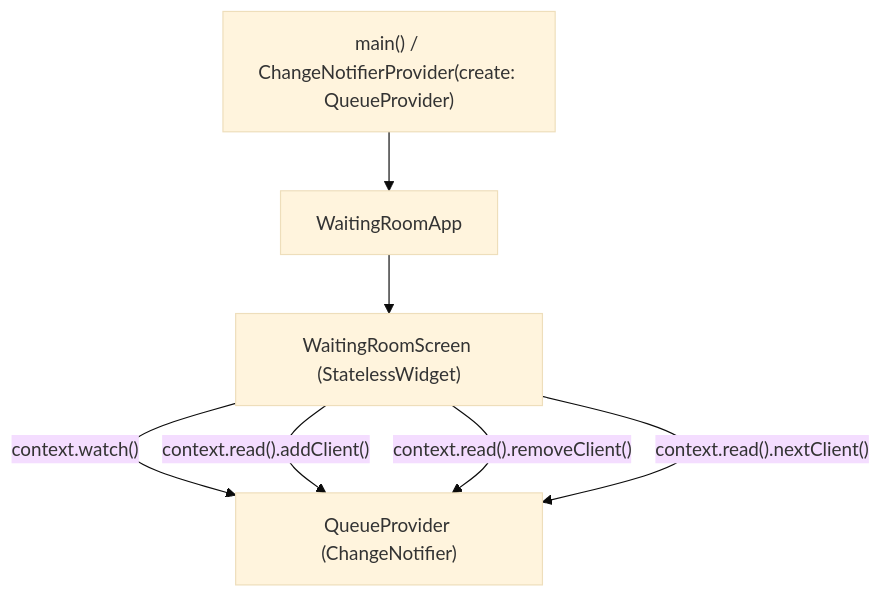
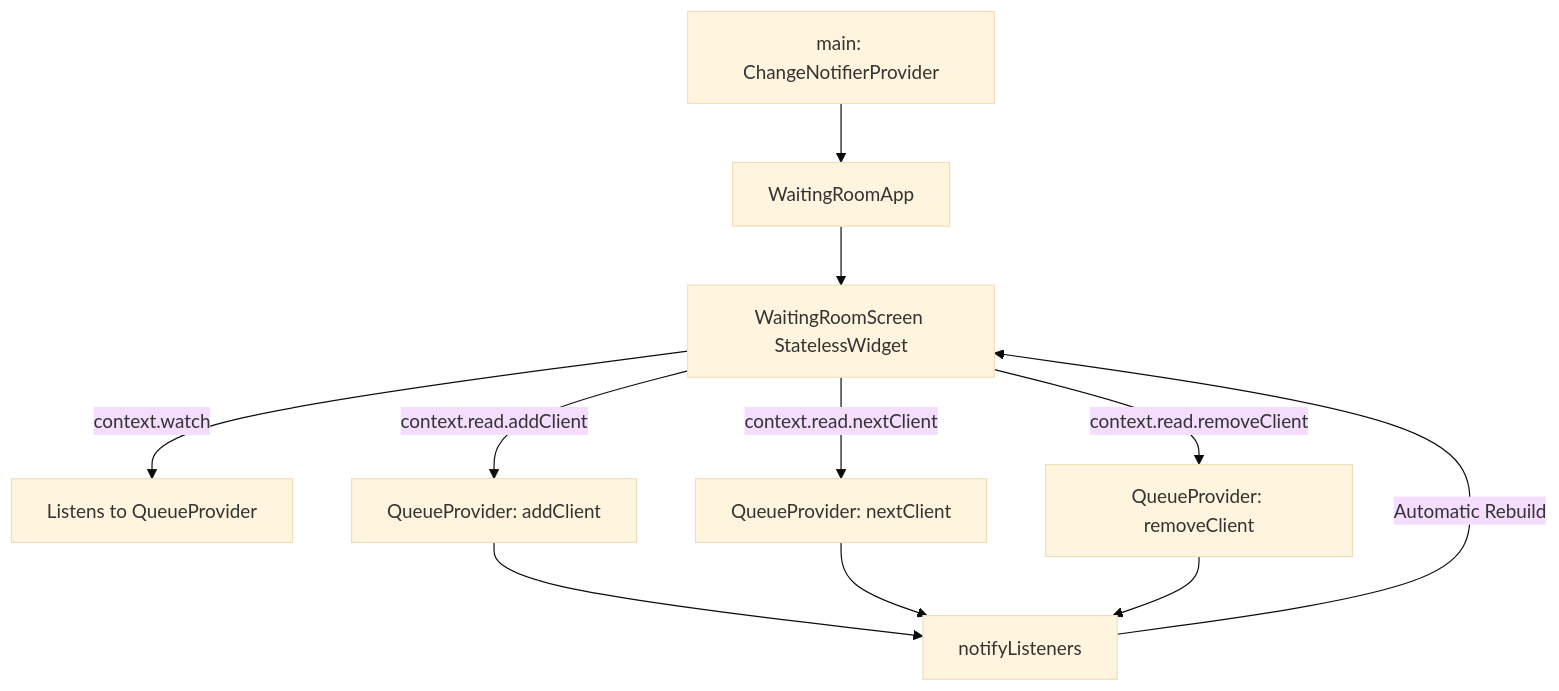
Before and after one commit to IhebNajjar/tp3-flutter: the second of 2 diagrams in DOCUMENTATION.md, drawn with Mermaid (base theme). The commit also changed other lines of this file, not shown here.

````diff
--- a/DOCUMENTATION.md
+++ b/DOCUMENTATION.md
@@ -25,9 +221,13 @@
 ```mermaid
 graph TD
-    AppRoot["main() / ChangeNotifierProvider(create: QueueProvider)"] --> App["WaitingRoomApp"]
-    App --> Screen["WaitingRoomScreen (StatelessWidget)"]
-    Screen -- "context.watch<QueueProvider>()" --> QueueProvider["QueueProvider (ChangeNotifier)"]
-    Screen -- "context.read<QueueProvider>().addClient()" --> QueueProvider
-    Screen -- "context.read<QueueProvider>().removeClient()" --> QueueProvider
-    Screen -- "context.read<QueueProvider>().nextClient()" --> QueueProvider
+    A[main: ChangeNotifierProvider] --> B[WaitingRoomApp]
+    B --> C[WaitingRoomScreen StatelessWidget]
+    C -->|context.watch| D[Listens to QueueProvider]
+    C -->|context.read.addClient| E[QueueProvider: addClient]
+    C -->|context.read.nextClient| F[QueueProvider: nextClient]
+    C -->|context.read.removeClient| G[QueueProvider: removeClient]
+    E --> H[notifyListeners]
+    F --> H
+    G --> H
+    H -->|Automatic Rebuild| C
 ```
````
